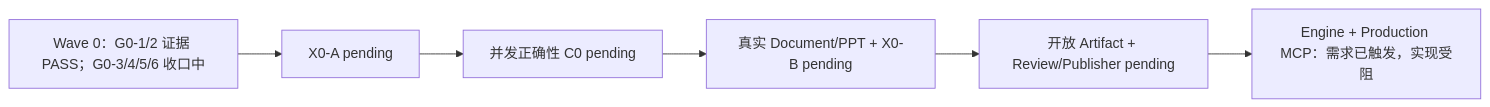
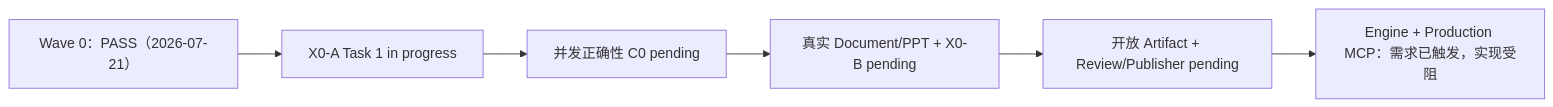
The second of 2 diagrams in docs/tasks/alltonote-design-coverage-matrix.md (xrunmasterx/AllToNote), drawn with Mermaid before and after one commit. The commit also changed other lines of this file and 3 other files, not shown here.

Commit message:
docs: close conditional architecture wave zero

````diff
--- a/docs/tasks/alltonote-design-coverage-matrix.md
+++ b/docs/tasks/alltonote-design-coverage-matrix.md
@@ -211,8 +211,8 @@
 ```mermaid
 flowchart LR
-    W0["Wave 0：G0-1/2 证据 PASS；G0-3/4/5/6 收口中"] --> X0A["X0-A pending"]
+    W0["Wave 0：PASS（2026-07-21）"] --> X0A["X0-A Task 1 in progress"]
     X0A --> C0["并发正确性 C0 pending"]
     C0 --> DX0B["真实 Document/PPT + X0-B pending"]
     DX0B --> ARP["开放 Artifact + Review/Publisher pending"]
     ARP --> ENG["Engine + Production MCP：需求已触发，实现受阻"]
 ```
````
